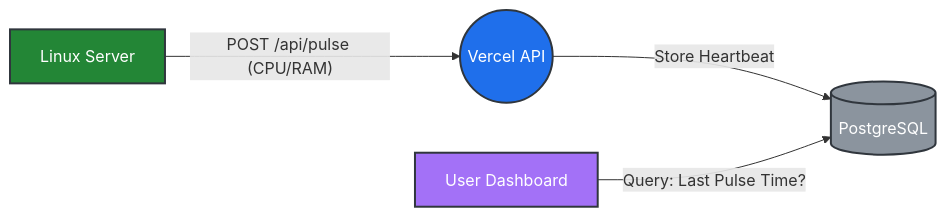
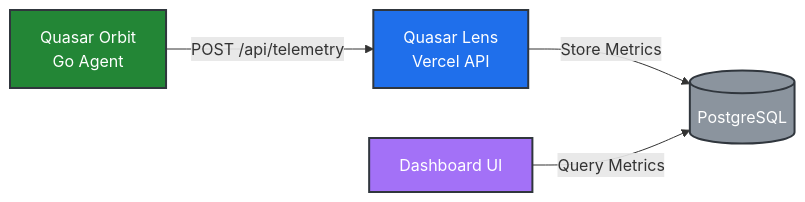
One commit to mahou-anisphia/quasar changed the diagram in README.md. Above: the diagram before and after it, drawn with Mermaid. The commit also changed other lines of this file and 2 other files, not shown here.

Commit message:
docs: modified overall architecture & scaffolded Quasar Lens, Quasar Orbit READMEs

````diff
--- a/README.md
+++ b/README.md
@@ -34,10 +51,10 @@
 ```mermaid
 graph LR
-    A[Linux Server] -- "POST /api/pulse (CPU/RAM)" --> B((Vercel API))
-    B -- "Store Heartbeat" --> C[(PostgreSQL)]
-    D[User Dashboard] -- "Query: Last Pulse Time?" --> C
+    A[Quasar Orbit<br/>Go Agent] -- "POST /api/telemetry" --> B[Quasar Lens<br/>Vercel API]
+    B -- "Store Metrics" --> C[(PostgreSQL)]
+    D[Dashboard UI] -- "Query Metrics" --> C
     style A fill:#238636,stroke:#30363d,stroke-width:2px,color:#ffffff
     style B fill:#1f6feb,stroke:#30363d,stroke-width:2px,color:#ffffff
     style C fill:#8b949e,stroke:#30363d,stroke-width:2px,color:#ffffff
     style D fill:#a371f7,stroke:#30363d,stroke-width:2px,color:#ffffff
 ```
````
